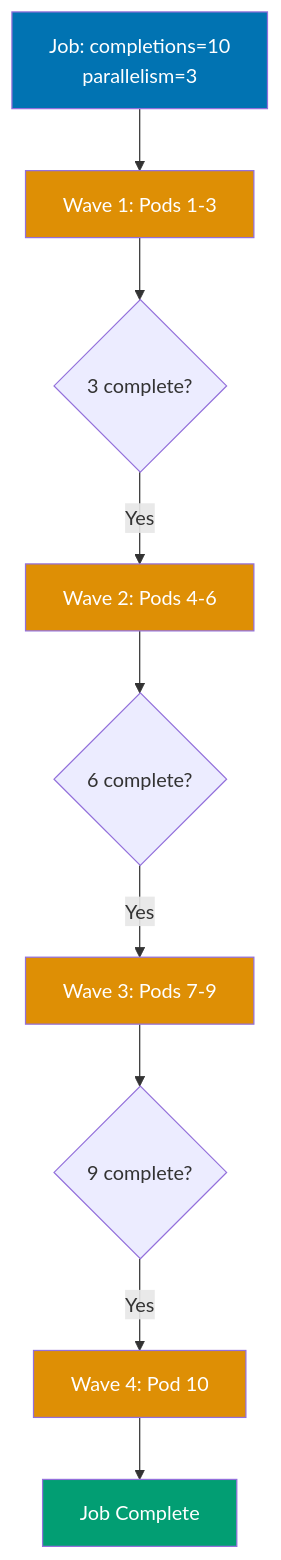
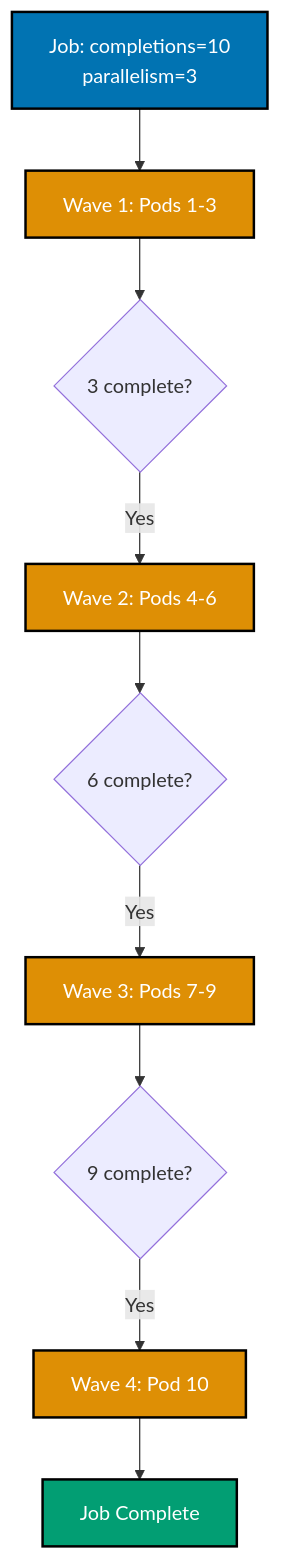
The fourth of 12 diagrams in apps/ayokoding-web/content/en/learn/software-engineering/infrastructure/tools/kubernetes/by-example/intermediate.md (wahidyankf/open-sharia-enterprise), drawn with Mermaid before and after one commit. The commit also changed other lines of this file and 25 other files, not shown here.

````diff
--- a/apps/ayokoding-web/content/en/learn/software-engineering/infrastructure/tools/kubernetes/by-example/intermediate.md
+++ b/apps/ayokoding-web/content/en/learn/software-engineering/infrastructure/tools/kubernetes/by-example/intermediate.md
@@ -915,19 +918,20 @@
 ```mermaid
+%% Color Palette: Blue #0173B2, Orange #DE8F05, Teal #029E73, Purple #CC78BC, Brown #CA9161
 %% Parallel job execution
 graph TD
  A[Job: completions=10<br/>parallelism=3] --> B[Wave 1: Pods 1-3]
  B --> C{3 complete?}
  C -->|Yes| D[Wave 2: Pods 4-6]
  D --> E{6 complete?}
  E -->|Yes| F[Wave 3: Pods 7-9]
  F --> G{9 complete?}
  G -->|Yes| H[Wave 4: Pod 10]
  H --> I[Job Complete]
 
- style A fill:#0173B2,color:#fff
- style B fill:#DE8F05,color:#fff
- style D fill:#DE8F05,color:#fff
- style F fill:#DE8F05,color:#fff
- style H fill:#DE8F05,color:#fff
- style I fill:#029E73,color:#fff
+ style A fill:#0173B2,stroke:#000000,stroke-width:2px,color:#fff
+ style B fill:#DE8F05,stroke:#000000,stroke-width:2px,color:#fff
+ style D fill:#DE8F05,stroke:#000000,stroke-width:2px,color:#fff
+ style F fill:#DE8F05,stroke:#000000,stroke-width:2px,color:#fff
+ style H fill:#DE8F05,stroke:#000000,stroke-width:2px,color:#fff
+ style I fill:#029E73,stroke:#000000,stroke-width:2px,color:#fff
 ```
````
